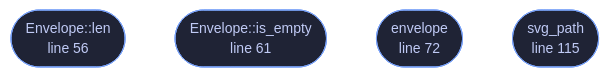
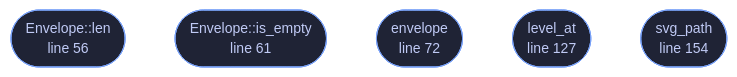
The diagram in docs/files/veilvoice-video/waveform.md (tilas01/veilvoice), drawn with Mermaid before and after one commit. The commit also changed other lines of this file and 30 other files, not shown here.

First line of the commit message:
video: a level under every name, so the picture shows more than the cast

````diff
--- a/docs/files/veilvoice-video/waveform.md
+++ b/docs/files/veilvoice-video/waveform.md
@@ -101,14 +102,16 @@
 ```mermaid
 %%{init: {"theme":"base","themeVariables":{"background":"#1a1b26","primaryColor":"#1f2335","primaryTextColor":"#c0caf5","primaryBorderColor":"#7aa2f7","secondaryColor":"#16161e","tertiaryColor":"#16161e","lineColor":"#737aa2","textColor":"#c0caf5","mainBkg":"#1f2335","nodeBorder":"#7aa2f7","clusterBkg":"#16161e","clusterBorder":"#2f3549","fontFamily":"ui-monospace, SFMono-Regular, Consolas, monospace","fontSize":"14px"}}}%%
 flowchart TD
     n_len(["Envelope::len<br/>line 56"])
     n_is_empty(["Envelope::is_empty<br/>line 61"])
     n_envelope(["envelope<br/>line 72"])
-    n_svg_path(["svg_path<br/>line 115"])
+    n_level_at(["level_at<br/>line 127"])
+    n_svg_path(["svg_path<br/>line 154"])
     click n_len href "https://github.com/tilas01/veilvoice/blob/main/crates/veilvoice-video/src/waveform.rs#L56" "open the source"
     click n_is_empty href "https://github.com/tilas01/veilvoice/blob/main/crates/veilvoice-video/src/waveform.rs#L61" "open the source"
     click n_envelope href "https://github.com/tilas01/veilvoice/blob/main/crates/veilvoice-video/src/waveform.rs#L72" "open the source"
-    click n_svg_path href "https://github.com/tilas01/veilvoice/blob/main/crates/veilvoice-video/src/waveform.rs#L115" "open the source"
+    click n_level_at href "https://github.com/tilas01/veilvoice/blob/main/crates/veilvoice-video/src/waveform.rs#L127" "open the source"
+    click n_svg_path href "https://github.com/tilas01/veilvoice/blob/main/crates/veilvoice-video/src/waveform.rs#L154" "open the source"
     classDef entry fill:#1f2335,stroke:#7aa2f7,color:#c0caf5
-    class n_len,n_is_empty,n_envelope,n_svg_path entry
+    class n_len,n_is_empty,n_envelope,n_level_at,n_svg_path entry
 ```
````
